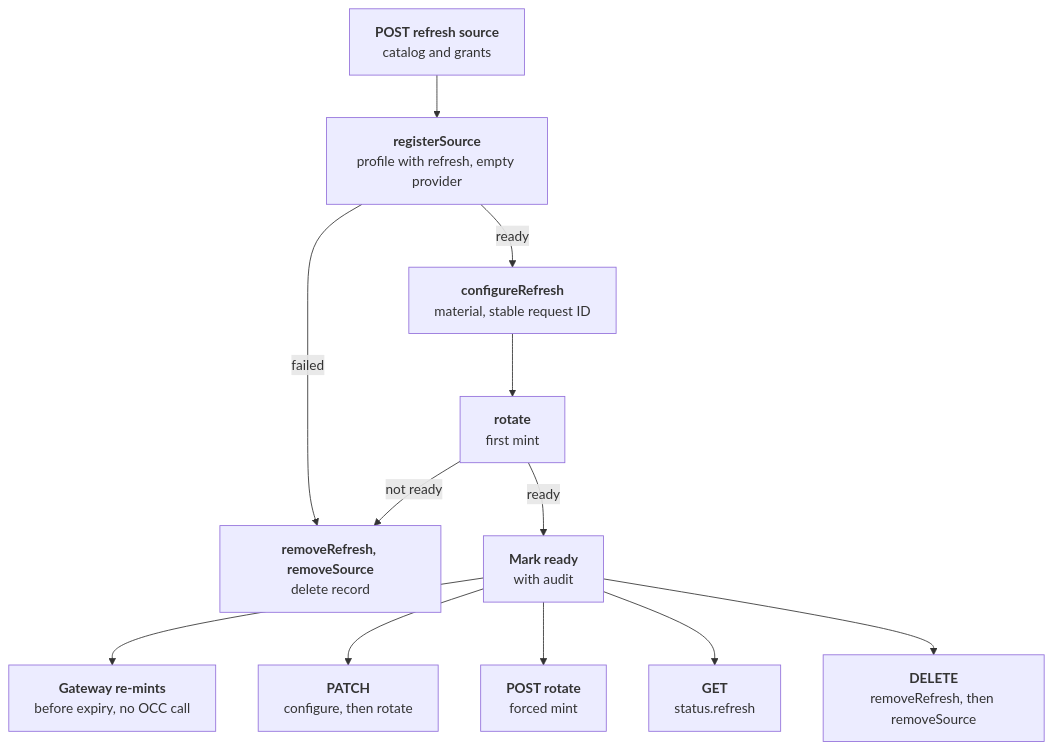
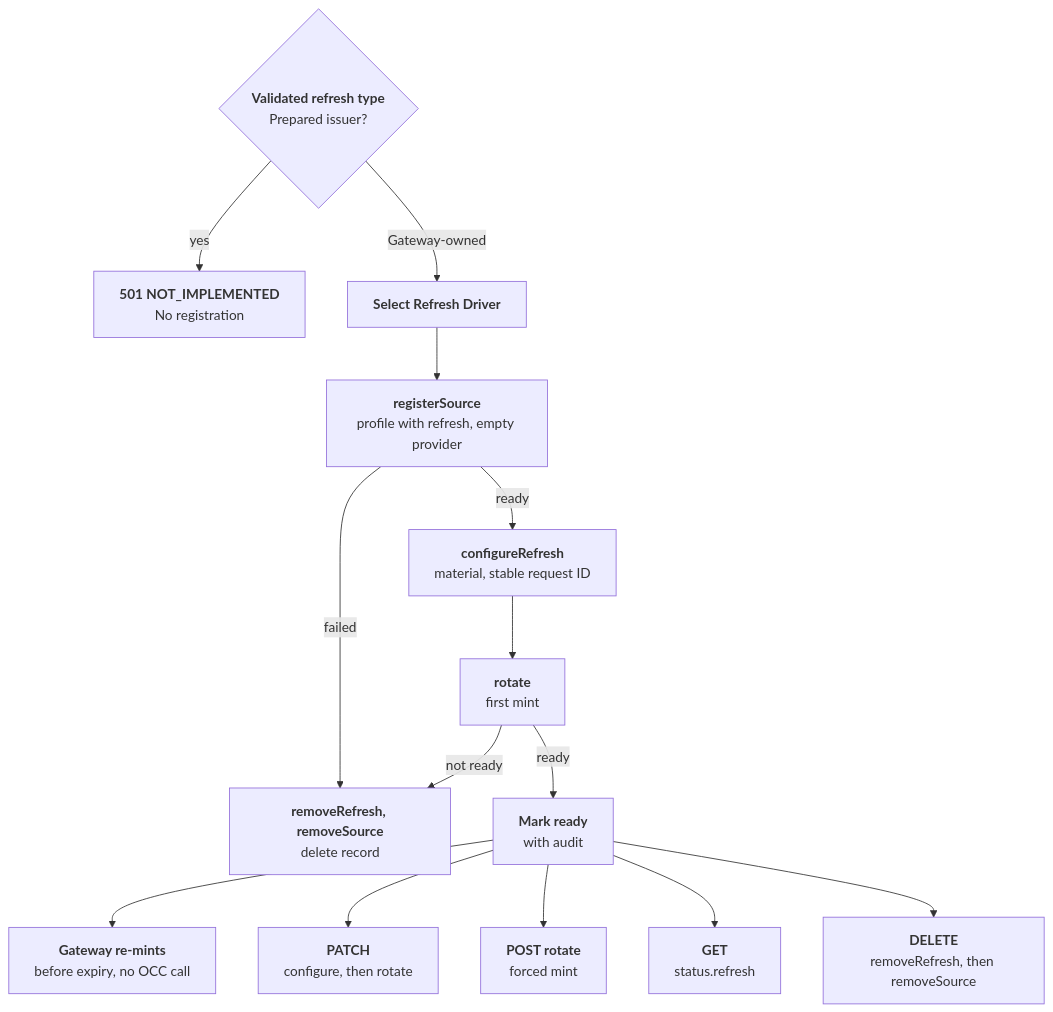
The first of 2 diagrams in docs/flows/credential-source-refresh.md (openclaw/openclaw-enterprise), drawn with Mermaid before and after one commit. The commit also changed other lines of this file, not shown here.

Commit message:
Trace prepared issuer refusal during refresh enrollment

````diff
--- a/docs/flows/credential-source-refresh.md
+++ b/docs/flows/credential-source-refresh.md
@@ -36,14 +36,16 @@
 ```mermaid
 graph TD
-  A["<b>POST refresh source</b><br/>catalog and grants"] --> B["<b>registerSource</b><br/>profile with refresh, empty provider"]
+  A{"<b>Validated refresh type</b><br/>Prepared issuer?"} -- "yes" --> U["<b>501 NOT_IMPLEMENTED</b><br/>No registration"]
+  A -- "Gateway-owned" --> R["<b>Select Refresh Driver</b>"]
+  R --> B["<b>registerSource</b><br/>profile with refresh, empty provider"]
   B -- "failed" --> X["<b>removeRefresh, removeSource</b><br/>delete record"]
   B -- "ready" --> C["<b>configureRefresh</b><br/>material, stable request ID"]
   C --> D["<b>rotate</b><br/>first mint"]
   D -- "not ready" --> X
   D -- "ready" --> E["<b>Mark ready</b><br/>with audit"]
   E --> F["<b>Gateway re-mints</b><br/>before expiry, no OCC call"]
   E --> G["<b>PATCH</b><br/>configure, then rotate"]
   E --> H["<b>POST rotate</b><br/>forced mint"]
   E --> I["<b>GET</b><br/>status.refresh"]
   E --> J["<b>DELETE</b><br/>removeRefresh, then removeSource"]
 ```
````
